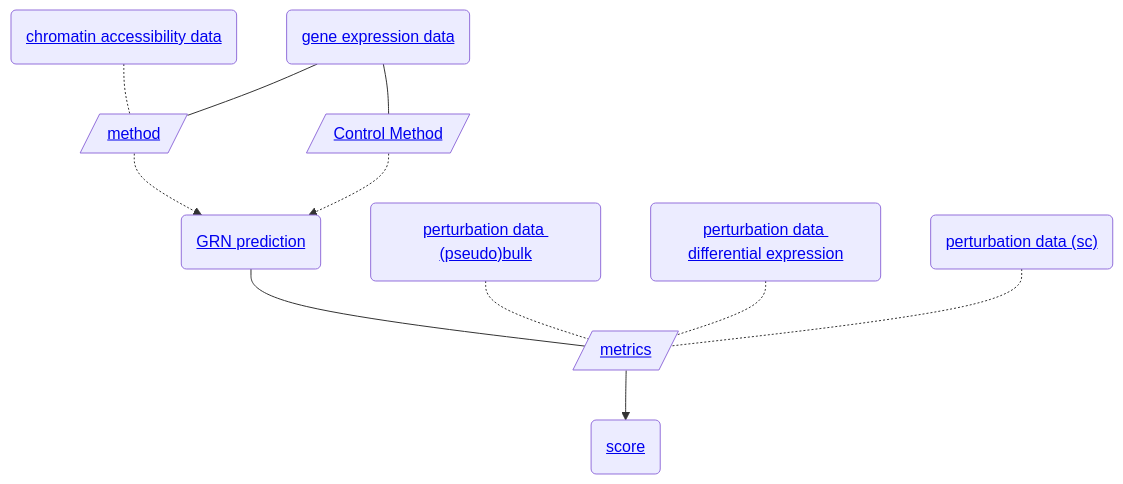
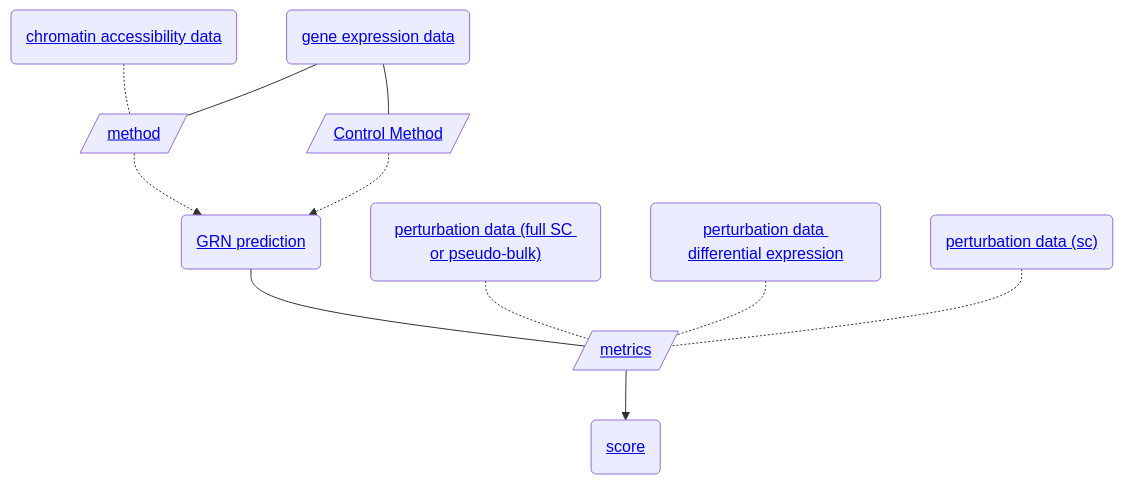
Before and after one commit to openproblems-bio/task_grn_inference: the diagram in README.md, drawn with Mermaid. The commit also changed other lines of this file and 36 other files, not shown here.

First line of the commit message:
Fix: revert evaluation_data paths from _rna_all back to _bulk

````diff
--- a/README.md
+++ b/README.md
@@ -124,23 +124,23 @@
 ``` mermaid
 flowchart TB
   file_atac_h5ad("<a href='https://github.com/openproblems-bio/task_grn_inference#file-format-chromatin-accessibility-data'>chromatin accessibility data</a>")
   comp_method[/"<a href='https://github.com/openproblems-bio/task_grn_inference#component-type-method'>method</a>"/]
   file_prediction_h5ad("<a href='https://github.com/openproblems-bio/task_grn_inference#file-format-grn-prediction'>GRN prediction</a>")
   comp_metric[/"<a href='https://github.com/openproblems-bio/task_grn_inference#component-type-metrics'>metrics</a>"/]
   file_score_h5ad("<a href='https://github.com/openproblems-bio/task_grn_inference#file-format-score'>score</a>")
-  file_evaluation_bulk_h5ad("<a href='https://github.com/openproblems-bio/task_grn_inference#file-format-perturbation-data--pseudo-bulk'>perturbation data (pseudo)bulk</a>")
+  file_evaluation_bulk_h5ad("<a href='https://github.com/openproblems-bio/task_grn_inference#file-format-perturbation-data--pseudo-bulk'>perturbation data (full SC or pseudo-bulk)</a>")
   file_evaluation_de_h5ad("<a href='https://github.com/openproblems-bio/task_grn_inference#file-format-perturbation-data-differential-expression'>perturbation data differential expression</a>")
   file_evaluation_sc_h5ad("<a href='https://github.com/openproblems-bio/task_grn_inference#file-format-perturbation-data--sc-'>perturbation data (sc)</a>")
   file_rna_h5ad("<a href='https://github.com/openproblems-bio/task_grn_inference#file-format-gene-expression-data'>gene expression data</a>")
   comp_control_method[/"<a href='https://github.com/openproblems-bio/task_grn_inference#component-type-control-method'>Control Method</a>"/]
   file_atac_h5ad-.-comp_method
   comp_method-.->file_prediction_h5ad
   file_prediction_h5ad---comp_metric
   comp_metric-->file_score_h5ad
   file_evaluation_bulk_h5ad-.-comp_metric
   file_evaluation_de_h5ad-.-comp_metric
   file_evaluation_sc_h5ad-.-comp_metric
   file_rna_h5ad---comp_method
   file_rna_h5ad---comp_control_method
   comp_control_method-.->file_prediction_h5ad
 ```
````
